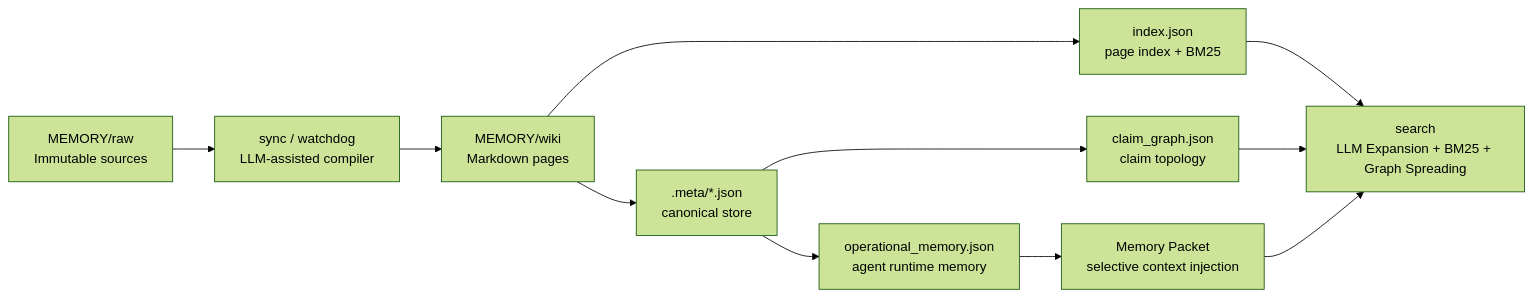
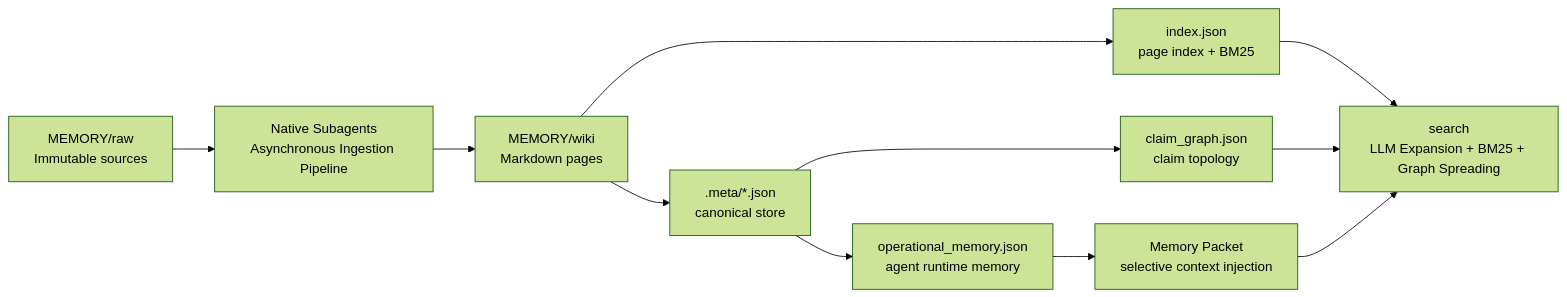
One commit to shawnshi/vector-lake changed the diagram in README.md. Above: the diagram before and after it, drawn with Mermaid (forest theme). The commit also changed other lines of this file and 40 other files, not shown here.

Commit message:
Refactor vector_lake ingest pipeline and update wiki concepts

````diff
--- a/README.md
+++ b/README.md
@@ -18,13 +18,13 @@
 ```mermaid
 graph LR
-    RAW["MEMORY/raw<br>Immutable sources"] --> INGEST["sync / watchdog<br>LLM-assisted compiler"]
+    RAW["MEMORY/raw<br>Immutable sources"] --> INGEST["Native Subagents<br>Asynchronous Ingestion Pipeline"]
     INGEST --> WIKI["MEMORY/wiki<br>Markdown pages"]
     WIKI --> INDEX["index.json<br>page index + BM25"]
     WIKI --> META[".meta/*.json<br>canonical store"]
     META --> CLAIM["claim_graph.json<br>claim topology"]
     META --> MEMORY["operational_memory.json<br>agent runtime memory"]
     MEMORY --> PACKET["Memory Packet<br>selective context injection"]
     INDEX --> QUERY["search<br>LLM Expansion + BM25 + Graph Spreading"]
     CLAIM --> QUERY
     PACKET --> QUERY
 ```
````
